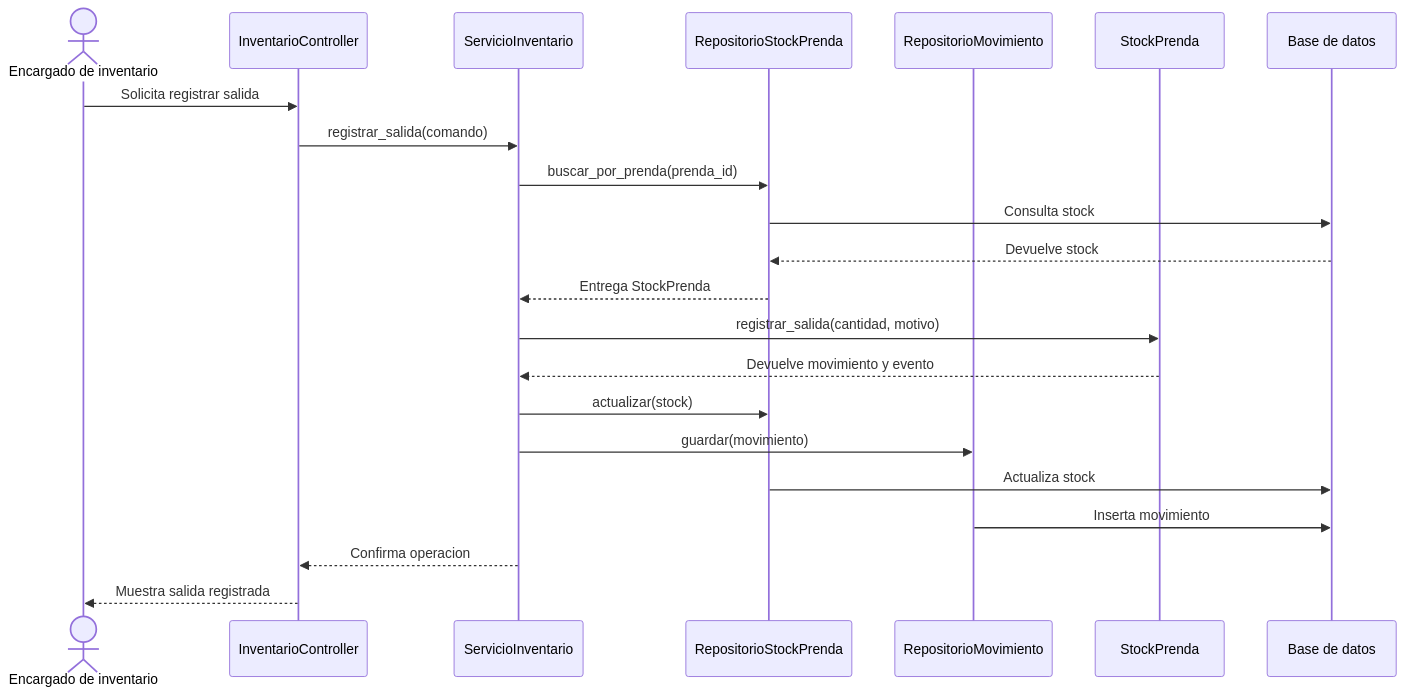
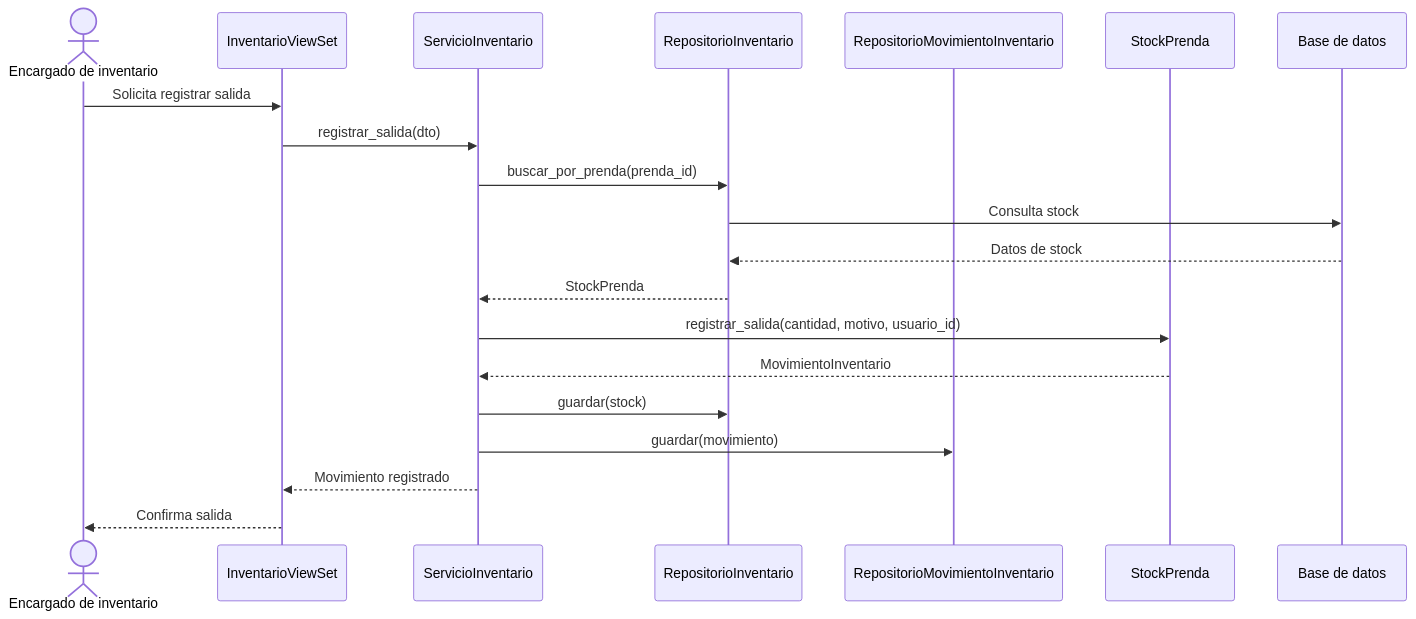
Before and after one commit to javierRock/SoftwareTextil: the third of 3 diagrams in docs/arquitectura.md, drawn with Mermaid. The commit also changed other lines of this file and 468 other files, not shown here.

````diff
--- a/docs/arquitectura.md
+++ b/docs/arquitectura.md
@@ -213,25 +141,23 @@
 ```mermaid
 sequenceDiagram
     actor Encargado as Encargado de inventario
-    participant API as InventarioController
+    participant API as InventarioViewSet
     participant Servicio as ServicioInventario
-    participant StockRepo as RepositorioStockPrenda
-    participant MovRepo as RepositorioMovimiento
+    participant StockRepo as RepositorioInventario
+    participant MovRepo as RepositorioMovimientoInventario
     participant Stock as StockPrenda
     participant DB as Base de datos
 
     Encargado->>API: Solicita registrar salida
-    API->>Servicio: registrar_salida(comando)
+    API->>Servicio: registrar_salida(dto)
     Servicio->>StockRepo: buscar_por_prenda(prenda_id)
     StockRepo->>DB: Consulta stock
-    DB-->>StockRepo: Devuelve stock
-    StockRepo-->>Servicio: Entrega StockPrenda
-    Servicio->>Stock: registrar_salida(cantidad, motivo)
-    Stock-->>Servicio: Devuelve movimiento y evento
-    Servicio->>StockRepo: actualizar(stock)
+    DB-->>StockRepo: Datos de stock
+    StockRepo-->>Servicio: StockPrenda
+    Servicio->>Stock: registrar_salida(cantidad, motivo, usuario_id)
+    Stock-->>Servicio: MovimientoInventario
+    Servicio->>StockRepo: guardar(stock)
     Servicio->>MovRepo: guardar(movimiento)
-    StockRepo->>DB: Actualiza stock
-    MovRepo->>DB: Inserta movimiento
-    Servicio-->>API: Confirma operacion
-    API-->>Encargado: Muestra salida registrada
+    Servicio-->>API: Movimiento registrado
+    API-->>Encargado: Confirma salida
 ```
````
